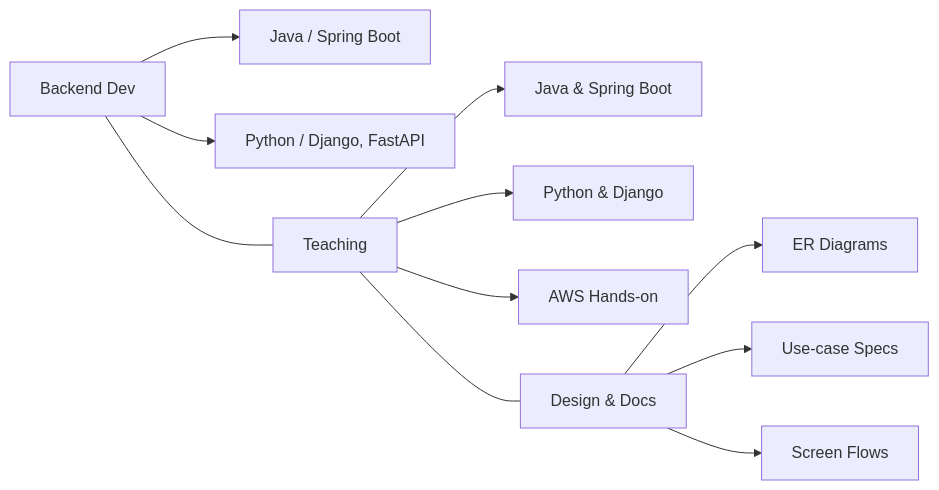
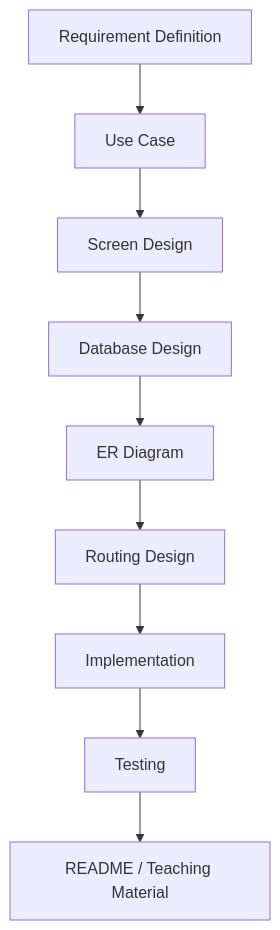
The second of 3 diagrams in README.md (yoshiayu/yoshiayu), drawn with Mermaid before and after one commit. The commit also changed other lines of this file, not shown here.

````diff
--- a/README.md
+++ b/README.md
@@ -96,16 +176,11 @@
 ```mermaid
-flowchart LR
-  A[Backend Dev] --> B[Java / Spring Boot]
-  A --> C[Python / Django, FastAPI]
-
-  D[Teaching] --> E[Java & Spring Boot]
-  D --> F[Python & Django]
-  D --> G[AWS Hands-on]
-
-  H[Design & Docs] --> I[ER Diagrams]
-  H --> J[Use-case Specs]
-  H --> K[Screen Flows]
-
-  A --- D
-  D --- H
+flowchart TD
+  A[Requirement Definition] --> B[Use Case]
+  B --> C[Screen Design]
+  C --> D[Database Design]
+  D --> E[ER Diagram]
+  E --> F[Routing Design]
+  F --> G[Implementation]
+  G --> H[Testing]
+  H --> I[README / Teaching Material]
 ```
````
